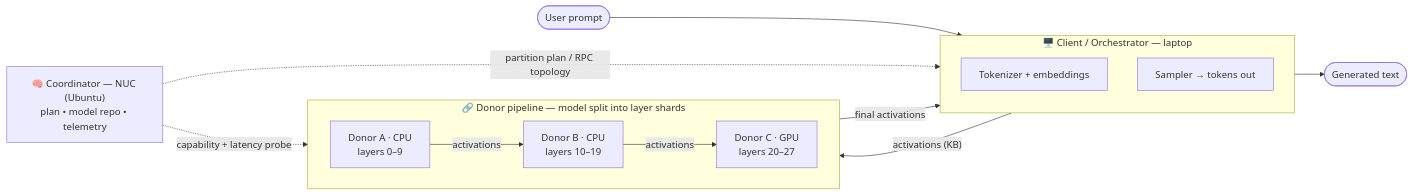
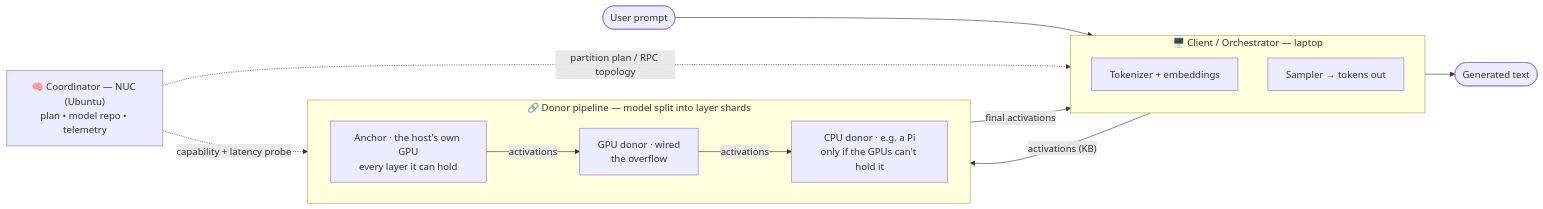
The first of 2 diagrams in README.md (RinkusKhan/The_GENGHIS_Protocol), drawn with Mermaid before and after one commit. The commit also changed other lines of this file and 35 other files, not shown here.

````diff
--- a/README.md
+++ b/README.md
@@ -33,25 +33,25 @@
 ```mermaid
 flowchart LR
     U(["User prompt"]) --> TOK
     subgraph C["🖥️ Client / Orchestrator — laptop"]
         direction TB
         TOK["Tokenizer + embeddings"]
         SMP["Sampler → tokens out"]
     end
     subgraph PIPE["🔗 Donor pipeline — model split into layer shards"]
         direction LR
-        D0["Donor A · CPU<br/>layers 0–9"]
-        D1["Donor B · CPU<br/>layers 10–19"]
-        D2["Donor C · GPU<br/>layers 20–27"]
+        D0["Anchor · the host's own GPU<br/>every layer it can hold"]
+        D1["GPU donor · wired<br/>the overflow"]
+        D2["CPU donor · e.g. a Pi<br/>only if the GPUs can't hold it"]
     end
     K["🧠 Coordinator — NUC (Ubuntu)<br/>plan • model repo • telemetry"]
 
     TOK -- "activations (KB)" --> D0
     D0 -- "activations" --> D1
     D1 -- "activations" --> D2
     D2 -- "final activations" --> SMP
     SMP --> OUT(["Generated text"])
 
     K -. "capability + latency probe" .-> PIPE
     K -. "partition plan / RPC topology" .-> C
 ```
````
